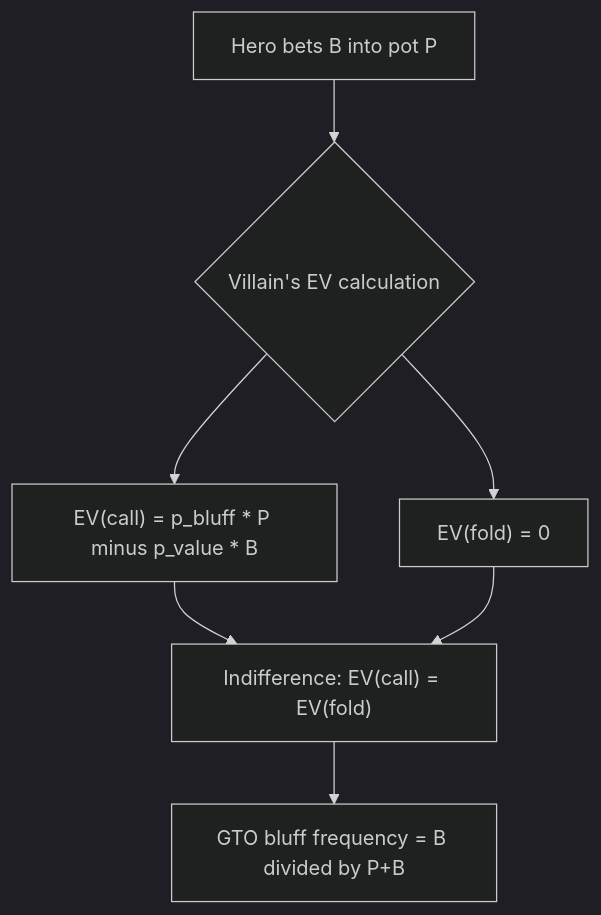
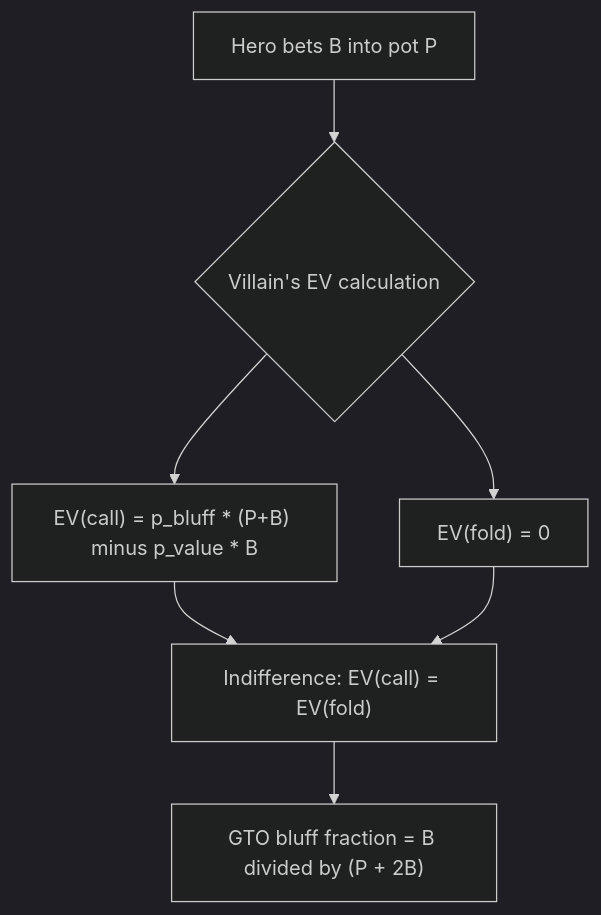
Before and after one commit to Jjx003/jeff-course: the diagram in courses/poker-theory/09-game-theory-optimal/problem.md, drawn with Mermaid (dark theme). The commit also changed other lines of this file and 111 other files, not shown here.

````diff
--- a/courses/poker-theory/09-game-theory-optimal/problem.md
+++ b/courses/poker-theory/09-game-theory-optimal/problem.md
@@ -126,15 +128,15 @@
 ```mermaid
 flowchart TD
     HERO_BET["Hero bets B into pot P"]
     VILLAIN_CHOICE{"Villain's EV calculation"}
-    CALL_PATH["EV(call) = p_bluff * P minus p_value * B"]
+    CALL_PATH["EV(call) = p_bluff * (P+B) minus p_value * B"]
     FOLD_PATH["EV(fold) = 0"]
     INDIFF_COND["Indifference: EV(call) = EV(fold)"]
-    BLUFF_FREQ["GTO bluff frequency = B divided by P+B"]
+    BLUFF_FREQ["GTO bluff fraction = B divided by (P + 2B)"]
     HERO_BET --> VILLAIN_CHOICE
     VILLAIN_CHOICE --> CALL_PATH
     VILLAIN_CHOICE --> FOLD_PATH
     CALL_PATH --> INDIFF_COND
     FOLD_PATH --> INDIFF_COND
     INDIFF_COND --> BLUFF_FREQ
 ```
````
